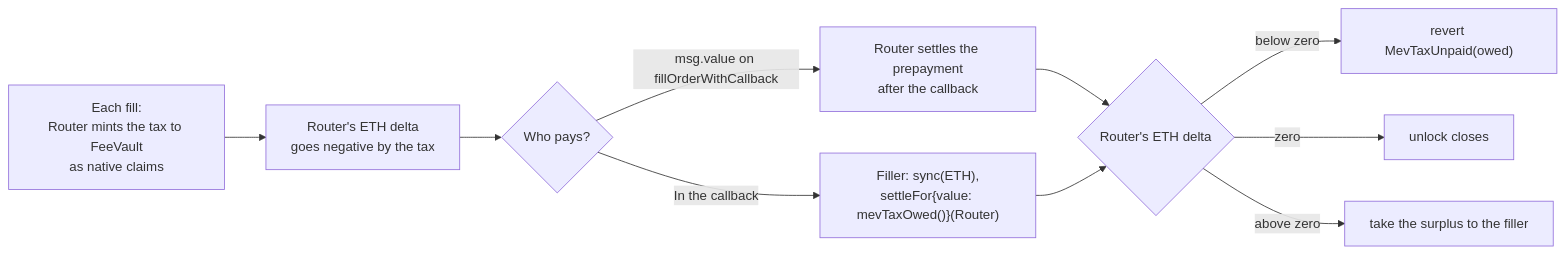
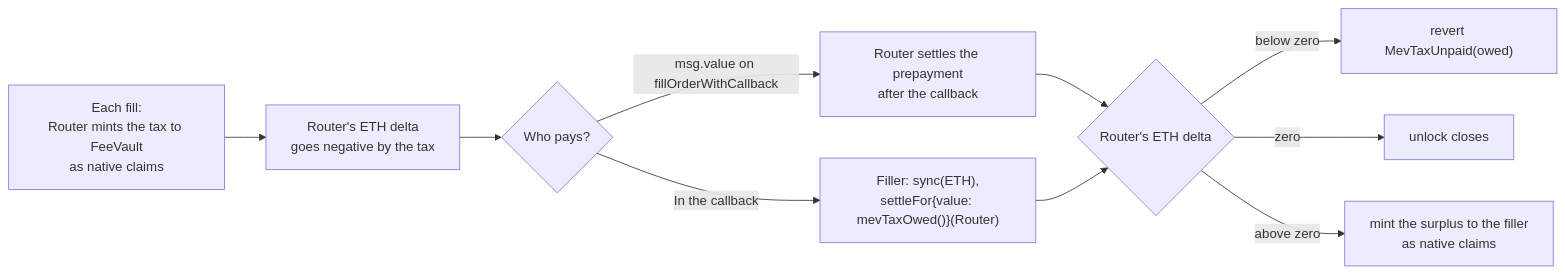
Before and after one commit to asyncswap/contracts: the second of 3 diagrams in assets/md/protocol/flash-fills.md, drawn with Mermaid. The commit also changed other lines of this file and 320 other files, not shown here.

````diff
--- a/assets/md/protocol/flash-fills.md
+++ b/assets/md/protocol/flash-fills.md
@@ -90,12 +90,12 @@
 ```mermaid
 flowchart LR
     A["Each fill:<br/>Router mints the tax to FeeVault<br/>as native claims"] --> B["Router's ETH delta<br/>goes negative by the tax"]
     B --> C{"Who pays?"}
     C -- "msg.value on fillOrderWithCallback" --> D["Router settles the prepayment<br/>after the callback"]
     C -- "In the callback" --> E["Filler: sync(ETH),<br/>settleFor{value: mevTaxOwed()}(Router)"]
     D --> G{"Router's ETH delta"}
     E --> G
     G -- "below zero" --> X["revert MevTaxUnpaid(owed)"]
     G -- "zero" --> OK["unlock closes"]
-    G -- "above zero" --> S["take the surplus to the filler"]
+    G -- "above zero" --> S["mint the surplus to the filler<br/>as native claims"]
 ```
````
